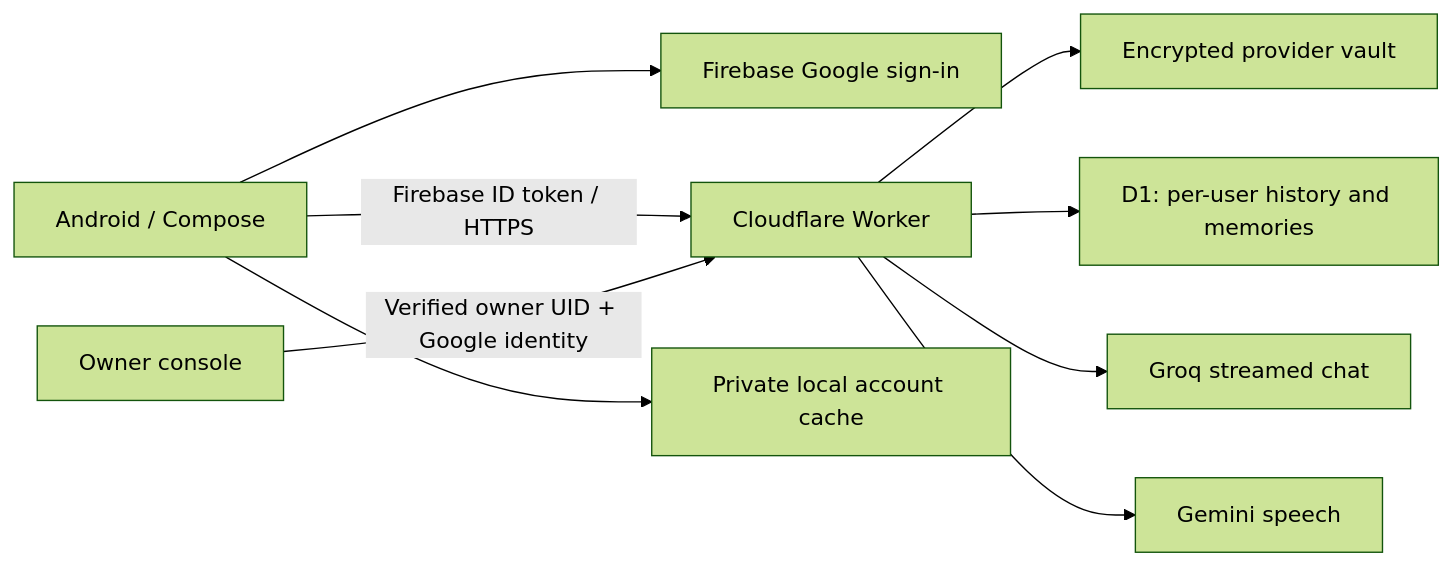
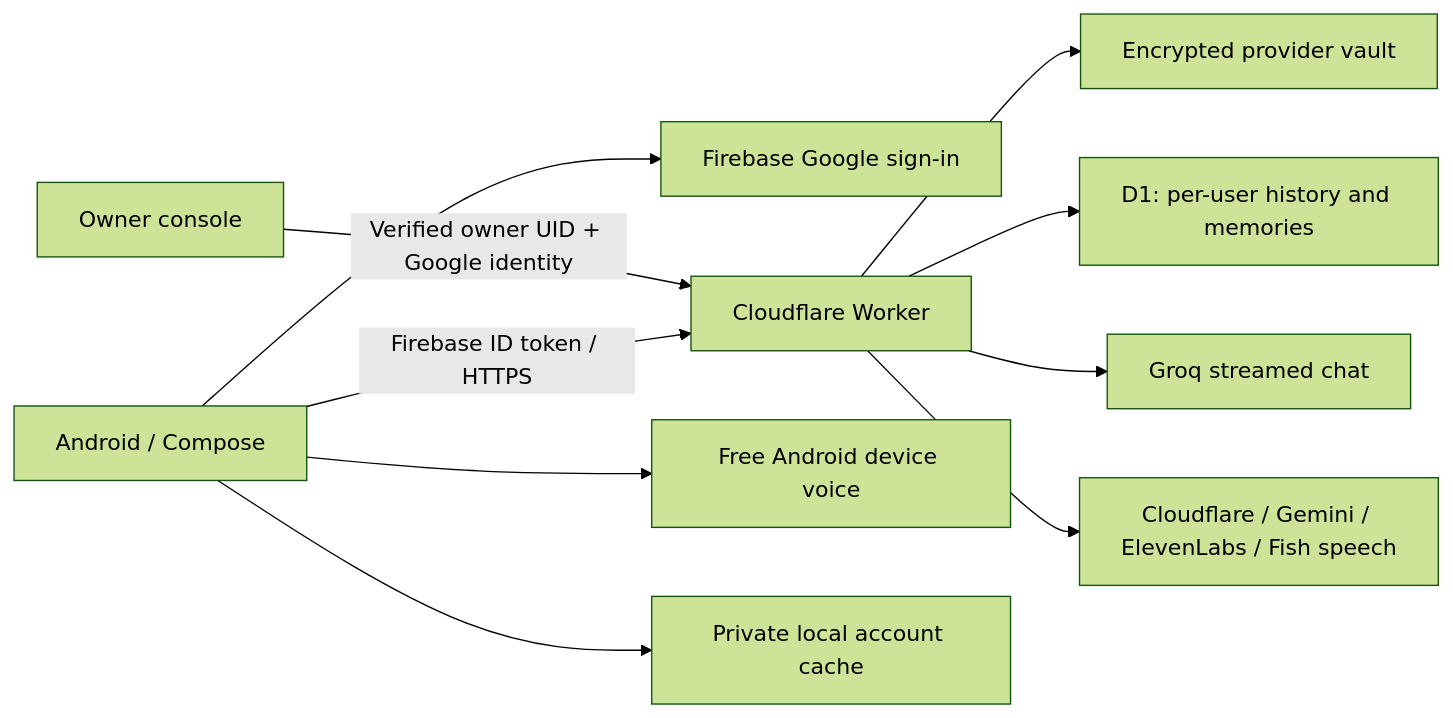
One commit to psychspy7/KITTY.AI-v2 changed the diagram in README.md. Above: the diagram before and after it, drawn with Mermaid (forest theme). The commit also changed other lines of this file and 35 other files, not shown here.

````diff
--- a/README.md
+++ b/README.md
@@ -13,11 +13,12 @@
 ```mermaid
 flowchart LR
   A[Android / Compose] --> F[Firebase Google sign-in]
   A -->|Firebase ID token / HTTPS| W[Cloudflare Worker]
   C[Owner console] -->|Verified owner UID + Google identity| W
   W --> V[Encrypted provider vault]
   W --> D[D1: per-user history and memories]
   W --> G[Groq streamed chat]
-  W --> S[Gemini speech]
+  W --> S[Cloudflare / Gemini / ElevenLabs / Fish speech]
+  A --> T[Free Android device voice]
   A --> L[Private local account cache]
 ```
````
